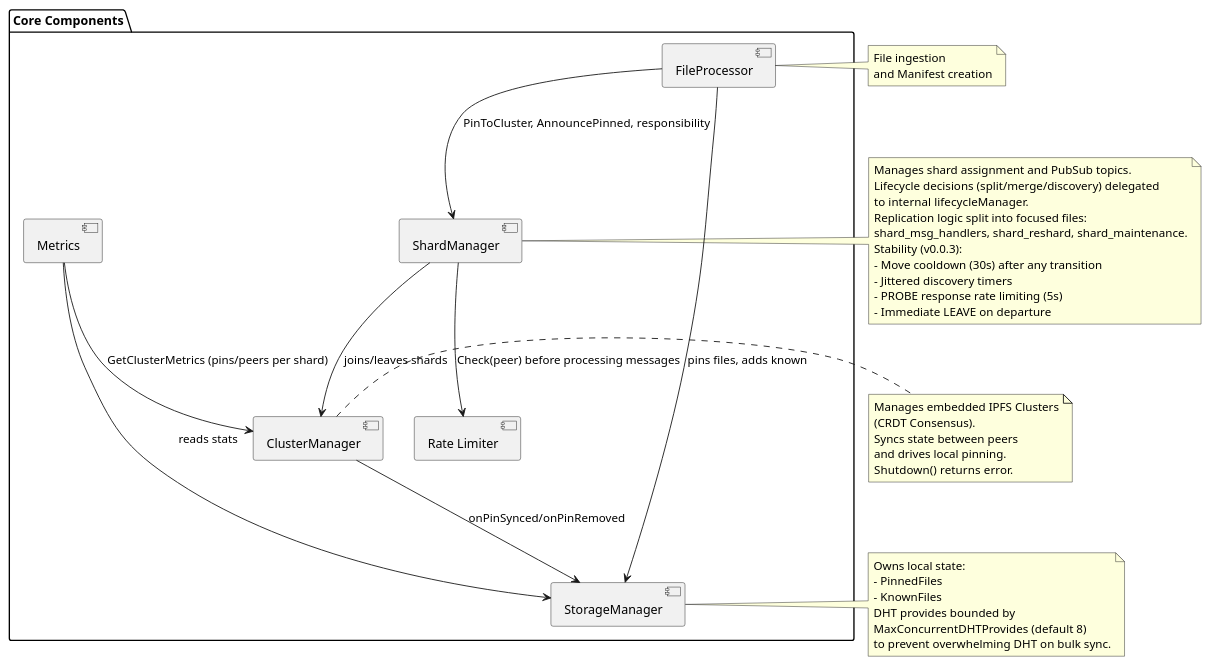
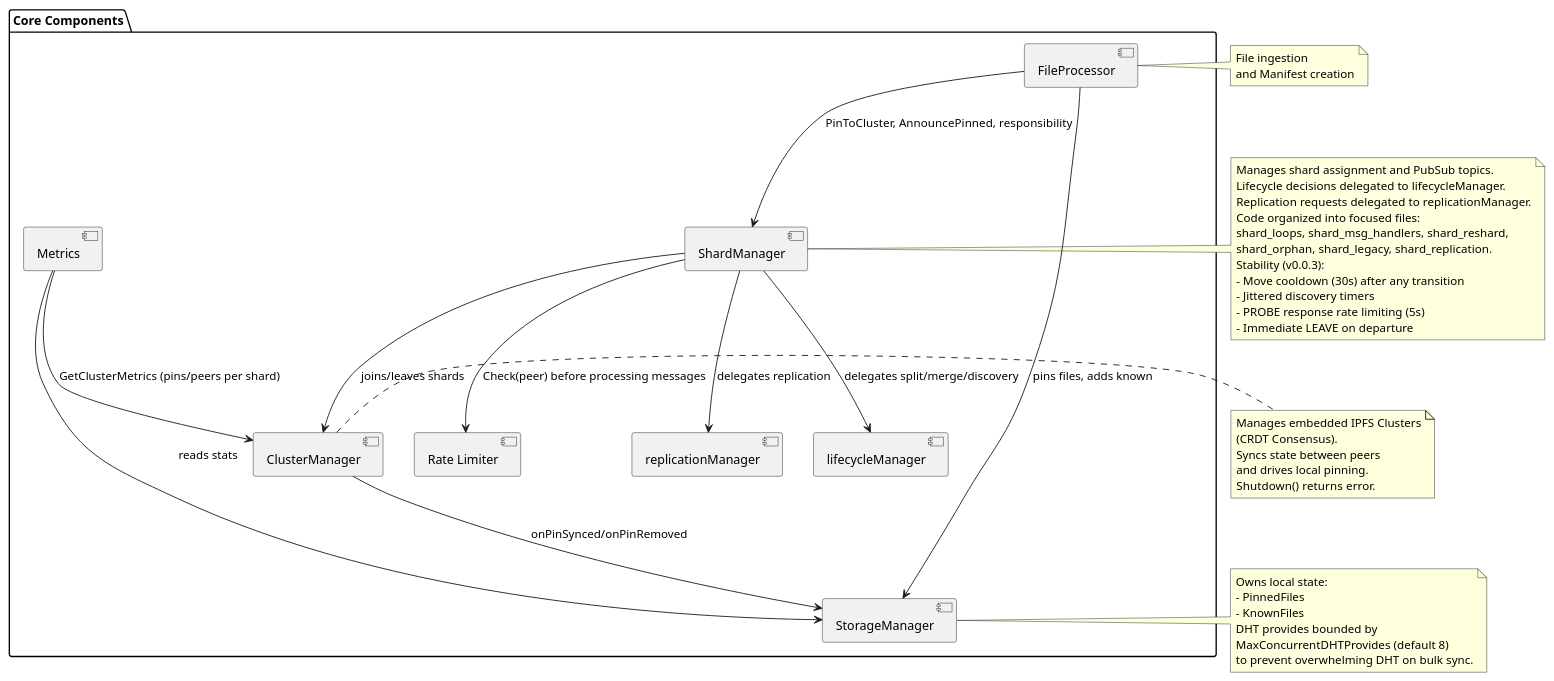
Before and after one commit to gipplab/D-LOCKSS: the diagram in docs/component_diagram.puml, drawn with PlantUML. The commit also changed 81 other files, not shown here.

```diff
--- a/docs/component_diagram.puml
+++ b/docs/component_diagram.puml
@@ -1,55 +1,60 @@
 @startuml D-LOCKSS Component Diagram
 
 package "Core Components" {
     component "ShardManager" as ShardManager
+    component "replicationManager" as ReplMgr
+    component "lifecycleManager" as LifecycleMgr
     component "ClusterManager" as ClusterManager
     component "StorageManager" as StorageManager
     component "FileProcessor" as FileProcessor
     component Metrics
     component "Rate Limiter" as RateLimiter
 }
 
+ShardManager --> ReplMgr : delegates replication
+ShardManager --> LifecycleMgr : delegates split/merge/discovery
 ShardManager --> ClusterManager : joins/leaves shards
 ClusterManager --> StorageManager : onPinSynced/onPinRemoved
 FileProcessor --> StorageManager : pins files, adds known
 FileProcessor --> ShardManager : PinToCluster, AnnouncePinned, responsibility
 ShardManager --> RateLimiter : Check(peer) before processing messages
 Metrics --> StorageManager : reads stats
 Metrics --> ClusterManager : GetClusterMetrics (pins/peers per shard)
 
 note right of ShardManager
     Manages shard assignment and PubSub topics.
-    Lifecycle decisions (split/merge/discovery) delegated
-    to internal lifecycleManager.
-    Replication logic split into focused files:
-    shard_msg_handlers, shard_reshard, shard_maintenance.
+    Lifecycle decisions delegated to lifecycleManager.
+    Replication requests delegated to replicationManager.
+    Code organized into focused files:
+    shard_loops, shard_msg_handlers, shard_reshard,
+    shard_orphan, shard_legacy, shard_replication.
     Stability (v0.0.3):
     - Move cooldown (30s) after any transition
     - Jittered discovery timers
     - PROBE response rate limiting (5s)
     - Immediate LEAVE on departure
 end note
 
 note right of ClusterManager
     Manages embedded IPFS Clusters
     (CRDT Consensus).
     Syncs state between peers
     and drives local pinning.
     Shutdown() returns error.
 end note
 
 note right of StorageManager
     Owns local state:
     - PinnedFiles
     - KnownFiles
     DHT provides bounded by
     MaxConcurrentDHTProvides (default 8)
     to prevent overwhelming DHT on bulk sync.
 end note
 
 note right of FileProcessor
     File ingestion
     and Manifest creation
 end note
 
 @enduml
```
